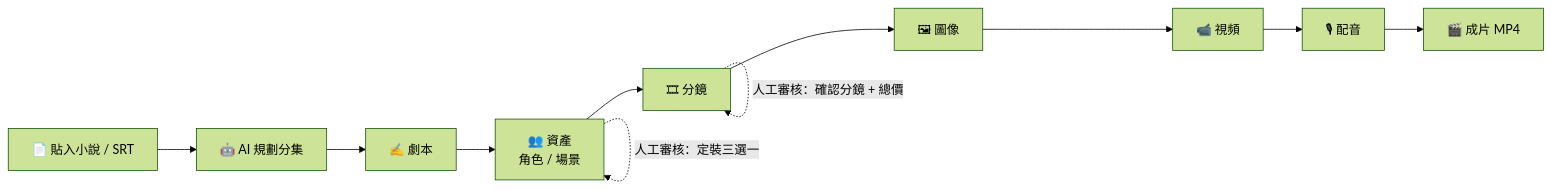
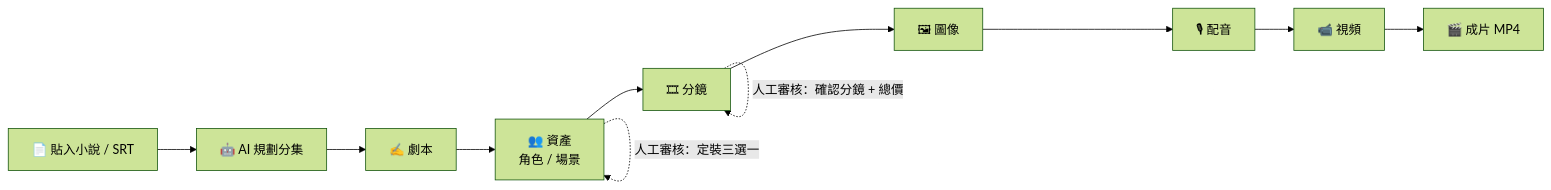
One commit to kelvin6365/reelcraft changed the diagram in README.md. Above: the diagram before and after it, drawn with Mermaid (forest theme). The commit also changed 5 other files, not shown here.

````diff
--- a/README.md
+++ b/README.md
@@ -23,14 +23,14 @@
 ```mermaid
 flowchart LR
     A[📄 貼入小說 / SRT] --> B[🤖 AI 規劃分集]
     B --> C[✍️ 劇本]
     C --> D[👥 資產<br/>角色 / 場景]
     D --> E[🎞 分鏡]
     E --> F[🖼 圖像]
-    F --> G[📹 視頻]
-    G --> H[🎙 配音]
+    F --> G[🎙 配音]
+    G --> H[📹 視頻]
     H --> I[🎬 成片 MP4]
 
     D -. 人工審核：定裝三選一 .-> D
     E -. 人工審核：確認分鏡 + 總價 .-> E
 ```
````
